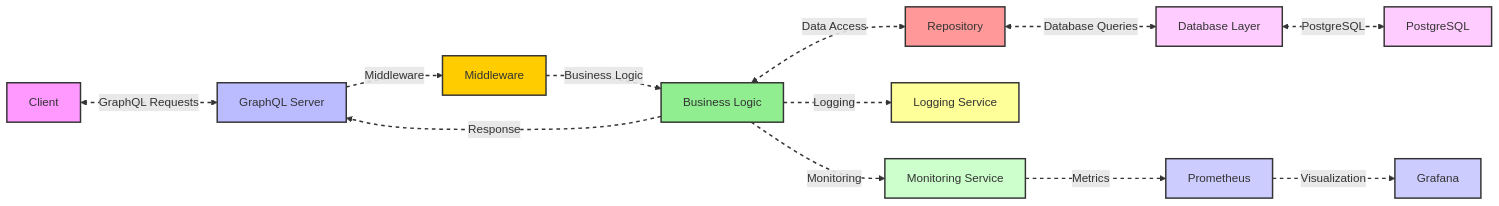
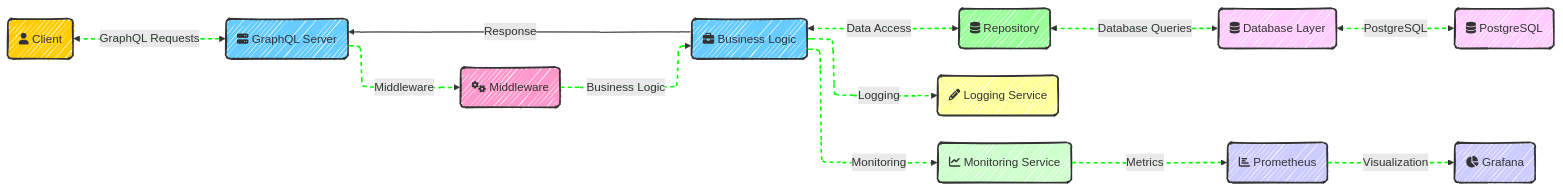
Before and after one commit to shennawardana23/graphql-pba: the diagram in README.md, drawn with Mermaid.

Commit message:
fix: readme mermaid

````diff
--- a/README.md
+++ b/README.md
@@ -7,36 +7,58 @@
 ```mermaid
-graph LR
-    classDef clientStyle fill:#f9f,stroke:#333,stroke-width:2px;
-    classDef serverStyle fill:#bbf,stroke:#333,stroke-width:2px;
-    classDef middlewareStyle fill:#ffcc00,stroke:#333,stroke-width:2px;
-    classDef logicStyle fill:#90ee90,stroke:#333,stroke-width:2px;
-    classDef repoStyle fill:#ff9999,stroke:#333,stroke-width:2px;
-    classDef dbStyle fill:#ffccff,stroke:#333,stroke-width:2px;
-    classDef serviceStyle fill:#ffff99,stroke:#333,stroke-width:2px;
-    classDef monitoringStyle fill:#ccffcc,stroke:#333,stroke-width:2px;
-    classDef metricsStyle fill:#ccccff,stroke:#333,stroke-width:2px;
+---
+config:
+  look: handDrawn
+  layout: elk
+---
+flowchart LR
+    %% Nodes with Icons
+    Client("fa:fa-user Client")
+    GraphQL_Server("fa:fa-server GraphQL Server")
+    Middleware("fa:fa-cogs Middleware")
+    Business_Logic("fa:fa-briefcase Business Logic")
+    Repository("fa:fa-database Repository")
+    Database_Layer("fa:fa-database Database Layer")
+    PostgreSQL("fa:fa-database PostgreSQL")
+    Logging_Service("fa:fa-pencil-alt Logging Service")
+    Monitoring_Service("fa:fa-chart-line Monitoring Service")
+    Prometheus("fa:fa-chart-bar Prometheus")
+    Grafana("fa:fa-chart-pie Grafana")
 
-    Client[Client]:::clientStyle <--> |GraphQL Requests| GraphQL_Server[GraphQL Server]:::serverStyle
-    GraphQL_Server -->|Middleware| Middleware[Middleware]:::middlewareStyle
-    Middleware -->|Business Logic| Business_Logic[Business Logic]:::logicStyle
-    Business_Logic <--> |Data Access| Repository[Repository]:::repoStyle
-    Repository <--> |Database Queries| Database_Layer[Database Layer]:::dbStyle
-    Database_Layer <--> |PostgreSQL| PostgreSQL[PostgreSQL]:::dbStyle
-    Business_Logic -->|Logging| Logging_Service[Logging Service]:::serviceStyle
-    Business_Logic -->|Monitoring| Monitoring_Service[Monitoring Service]:::monitoringStyle
-    Monitoring_Service -->|Metrics| Prometheus[Prometheus]:::metricsStyle
-    Prometheus -->|Visualization| Grafana[Grafana]:::metricsStyle
+    %% Edge connections between nodes
+    Client <-->|GraphQL Requests| GraphQL_Server
+    GraphQL_Server -->|Middleware| Middleware
+    Middleware -->|Business Logic| Business_Logic
+    Business_Logic <--> |Data Access| Repository
+    Repository <--> |Database Queries| Database_Layer
+    Database_Layer <--> |PostgreSQL| PostgreSQL
+    Business_Logic -->|Logging| Logging_Service
+    Business_Logic -->|Monitoring| Monitoring_Service
+    Monitoring_Service -->|Metrics| Prometheus
+    Prometheus -->|Visualization| Grafana
     Business_Logic -->|Response| GraphQL_Server
 
-    linkStyle 0 stroke:#333,stroke-width:2px,stroke-dasharray: 5, 5;
-    linkStyle 1 stroke:#333,stroke-width:2px,stroke-dasharray: 5, 5;
-    linkStyle 2 stroke:#333,stroke-width:2px,stroke-dasharray: 5, 5;
-    linkStyle 3 stroke:#333,stroke-width:2px,stroke-dasharray: 5, 5;
-    linkStyle 4 stroke:#333,stroke-width:2px,stroke-dasharray: 5, 5;
-    linkStyle 5 stroke:#333,stroke-width:2px,stroke-dasharray: 5, 5;
-    linkStyle 6 stroke:#333,stroke-width:2px,stroke-dasharray: 5, 5;
-    linkStyle 7 stroke:#333,stroke-width:2px,stroke-dasharray: 5, 5;
-    linkStyle 8 stroke:#333,stroke-width:2px,stroke-dasharray: 5, 5;
-    linkStyle 9 stroke:#333,stroke-width:2px,stroke-dasharray: 5, 5;
-    linkStyle 10 stroke:#333,stroke-width:2px,stroke-dasharray: 5, 5;
+    %% Individual node styling
+    style Client fill:#ffcc00,stroke:#333,stroke-width:2px;
+    style GraphQL_Server fill:#66ccff,stroke:#333,stroke-width:2px;
+    style Middleware fill:#ff99cc,stroke:#333,stroke-width:2px;
+    style Business_Logic fill:#66ccff,stroke:#333,stroke-width:2px;
+    style Repository fill:#99ff99,stroke:#333,stroke-width:2px;
+    style Database_Layer fill:#ffccff,stroke:#333,stroke-width:2px;
+    style PostgreSQL fill:#ffccff,stroke:#333,stroke-width:2px;
+    style Logging_Service fill:#ffff99,stroke:#333,stroke-width:2px;
+    style Monitoring_Service fill:#ccffcc,stroke:#333,stroke-width:2px;
+    style Prometheus fill:#ccccff,stroke:#333,stroke-width:2px;
+    style Grafana fill:#ccccff,stroke:#333,stroke-width:2px;
+
+    %% Animations
+    linkStyle 0 stroke:#00ff00,stroke-width:2px,stroke-dasharray: 5, 5;
+    linkStyle 1 stroke:#00ff00,stroke-width:2px,stroke-dasharray: 5, 5;
+    linkStyle 2 stroke:#00ff00,stroke-width:2px,stroke-dasharray: 5, 5;
+    linkStyle 3 stroke:#00ff00,stroke-width:2px,stroke-dasharray: 5, 5;
+    linkStyle 4 stroke:#00ff00,stroke-width:2px,stroke-dasharray: 5, 5;
+    linkStyle 5 stroke:#00ff00,stroke-width:2px,stroke-dasharray: 5, 5;
+    linkStyle 6 stroke:#00ff00,stroke-width:2px,stroke-dasharray: 5, 5;
+    linkStyle 7 stroke:#00ff00,stroke-width:2px,stroke-dasharray: 5, 5;
+    linkStyle 8 stroke:#00ff00,stroke-width:2px,stroke-dasharray: 5, 5;
+    linkStyle 9 stroke:#00ff00,stroke-width:2px,stroke-dasharray: 5, 5;
 ```
````
